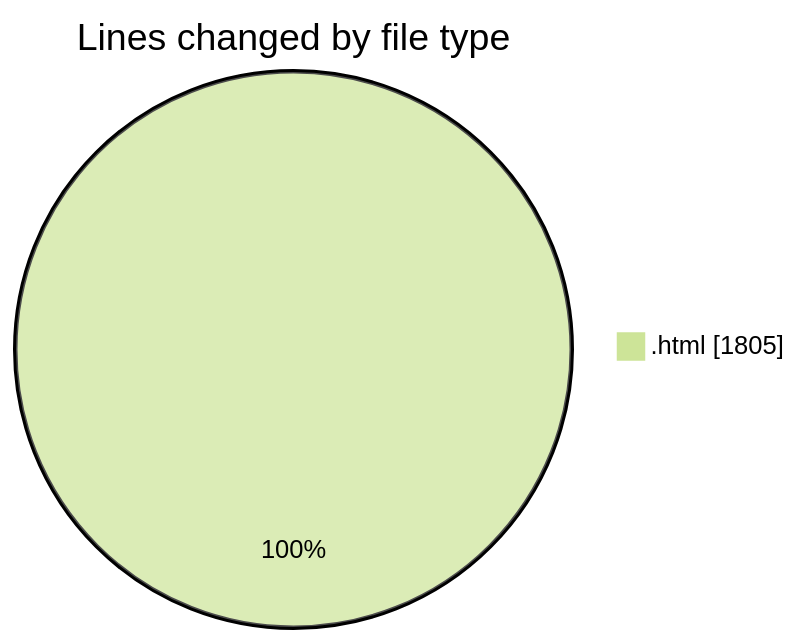
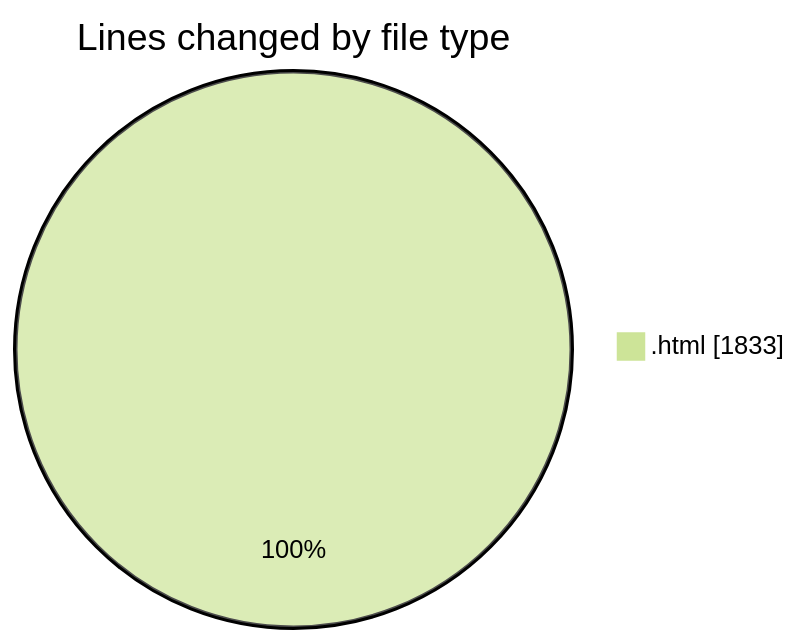
One commit to Ritupan-Deka/code-tracking changed the first of 2 diagrams in 2025-01-28/0starter_files/README.md. Above: the diagram before and after it, drawn with Mermaid (forest theme). The commit also changed other lines of this file and 1 other file, not shown here.

````diff
--- a/2025-01-28/0starter_files/README.md
+++ b/2025-01-28/0starter_files/README.md
@@ -20,5 +20,5 @@
 ```mermaid
 pie showData
 title Lines changed by file type
-".html" : 1805
+".html" : 1833
 ```
````
